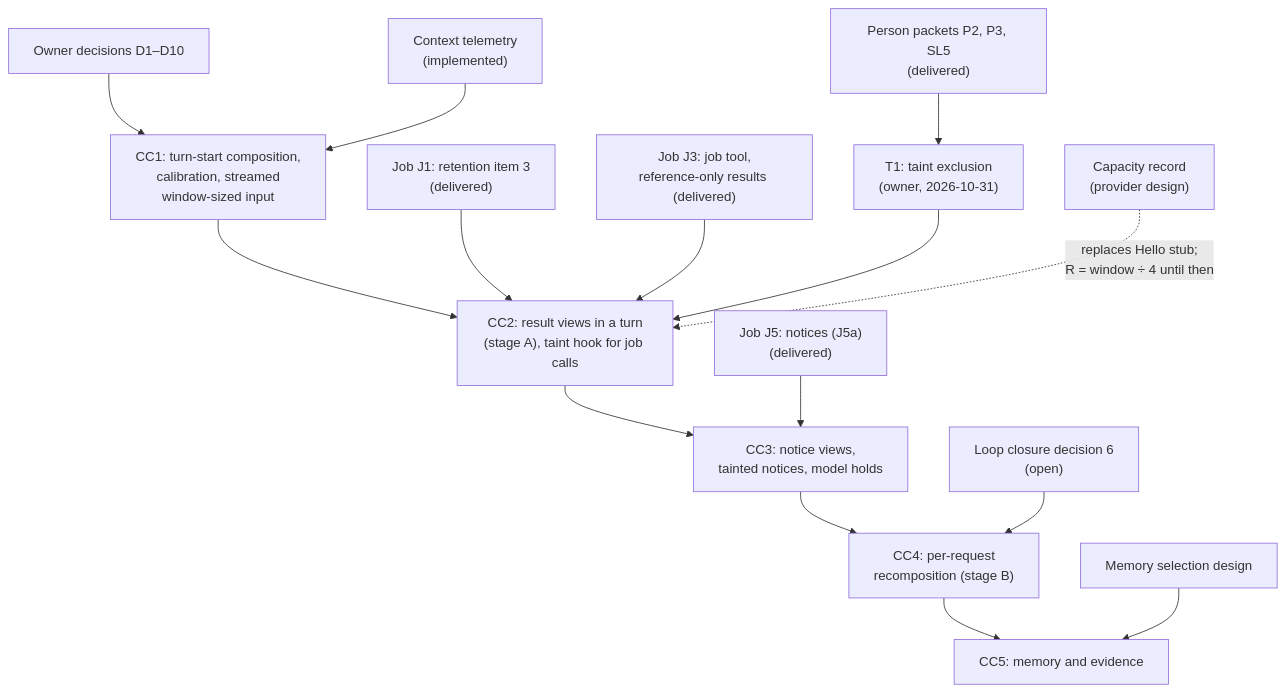
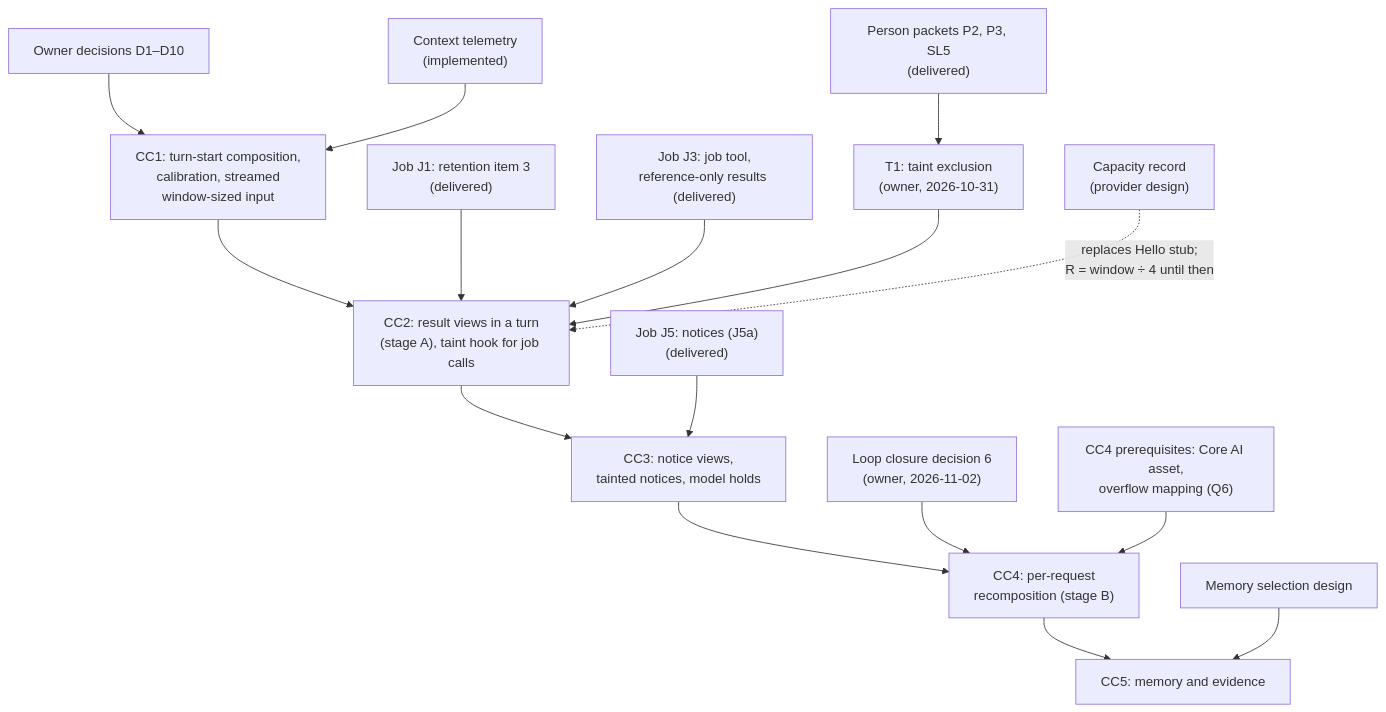
One commit to pidster/asura changed diagram 15 of 15 in docs/designs/context-composer.md. Above: the diagram before and after it, drawn with Mermaid. The commit also changed other lines of this file and 7 other files, not shown here.

````diff
--- a/docs/designs/context-composer.md
+++ b/docs/designs/context-composer.md
@@ -1430,17 +1893,18 @@
 ```mermaid
 flowchart TD
     Dec["Owner decisions D1–D10"] --> CC1["CC1: turn-start composition,<br/>calibration, streamed<br/>window-sized input"]
     Tel["Context telemetry<br/>(implemented)"] --> CC1
     CC1 --> CC2["CC2: result views in a turn<br/>(stage A), taint hook for job calls"]
     J1["Job J1: retention item 3<br/>(delivered)"] --> CC2
     J3["Job J3: job tool,<br/>reference-only results (delivered)"] --> CC2
     T1["T1: taint exclusion<br/>(owner, 2026-10-31)"] --> CC2
     Person["Person packets P2, P3, SL5<br/>(delivered)"] --> T1
     CC2 --> CC3["CC3: notice views,<br/>tainted notices, model holds"]
     J5["Job J5: notices (J5a)<br/>(delivered)"] --> CC3
     CC3 --> CC4["CC4: per-request<br/>recomposition (stage B)"]
-    LC6["Loop closure decision 6<br/>(open)"] --> CC4
+    LC6["Loop closure decision 6<br/>(owner, 2026-11-02)"] --> CC4
+    Pre["CC4 prerequisites: Core AI asset,<br/>overflow mapping (Q6)"] --> CC4
     CC4 --> CC5["CC5: memory and evidence"]
     Sel["Memory selection design"] --> CC5
     CapRec["Capacity record<br/>(provider design)"] -.->|"replaces Hello stub;<br/>R = window ÷ 4 until then"| CC2
 ```
````
